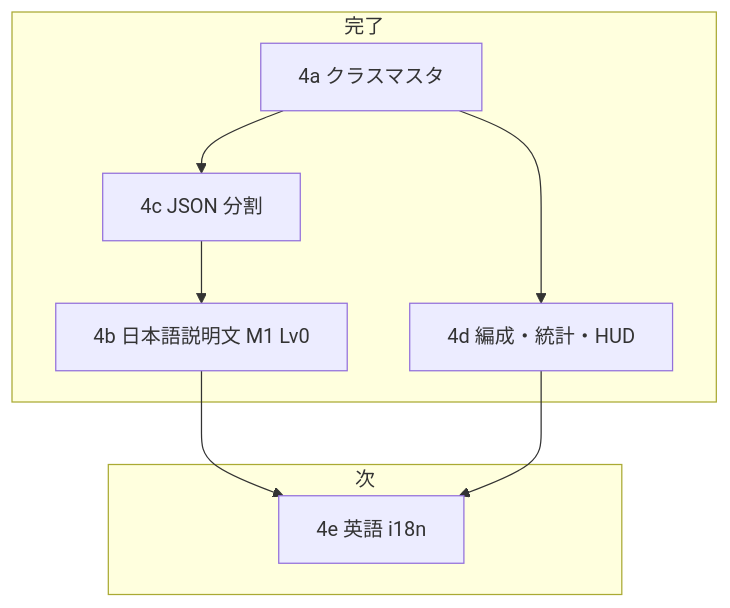
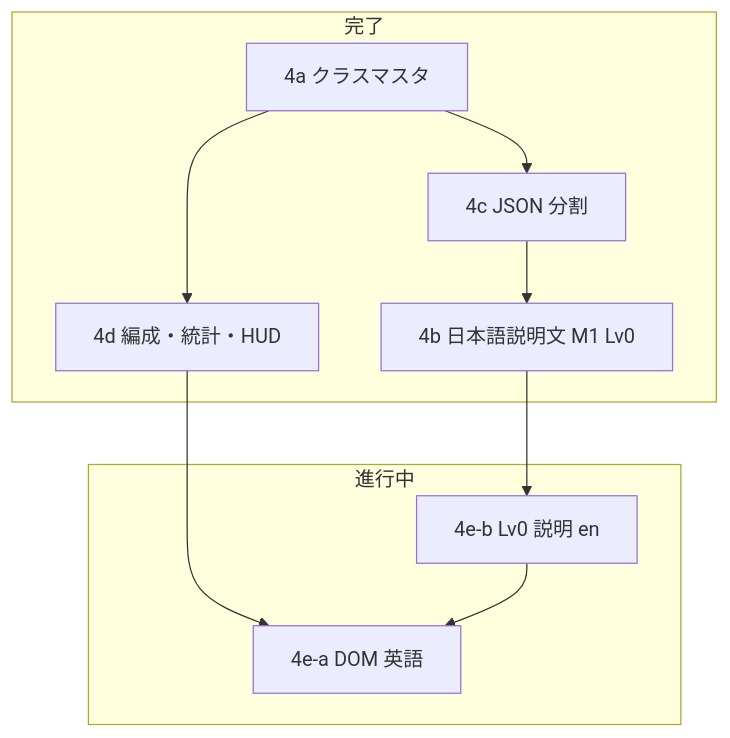
The diagram in docs/plans/phase-4-roadmap.md (sucRo0629/auto-battle-idle), drawn with Mermaid before and after one commit. The commit also changed other lines of this file and 12 other files, not shown here.

````diff
--- a/docs/plans/phase-4-roadmap.md
+++ b/docs/plans/phase-4-roadmap.md
@@ -56,17 +56,19 @@
 ```mermaid
 flowchart TD
   subgraph done [完了]
     A4a[4a クラスマスタ]
     A4c[4c JSON 分割]
     B4b[4b 日本語説明文 M1 Lv0]
     B4d[4d 編成・統計・HUD]
   end
-  subgraph next [次]
-    E4e[4e 英語 i18n]
+  subgraph wip [進行中]
+    E4eA[4e-a DOM 英語]
+    E4eB[4e-b Lv0 説明 en]
   end
   A4a --> A4c
   A4a --> B4d
   A4c --> B4b
-  B4b --> E4e
-  B4d --> E4e
+  B4b --> E4eB
+  B4d --> E4eA
+  E4eB --> E4eA
 ```
````
